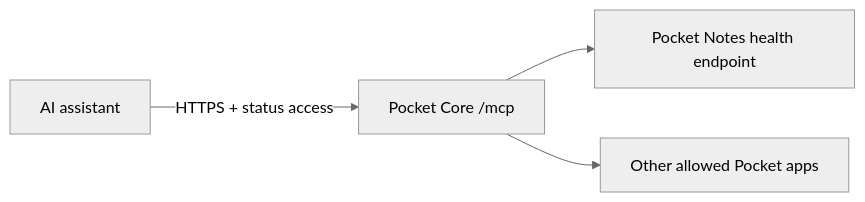
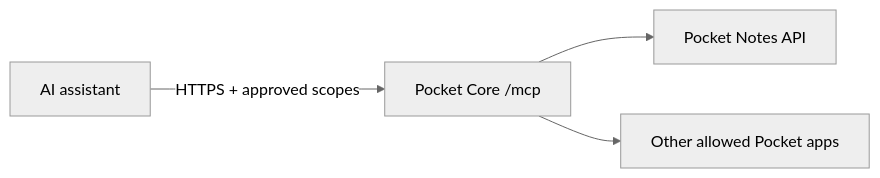
Before and after one commit to abjelosevic88/pocket-homelab-core: the diagram in README.md, drawn with Mermaid (neutral theme). The commit also changed other lines of this file and 20 other files, not shown here.

First line of the commit message:
Add account-scoped MCP application tools across Pocket apps

````diff
--- a/README.md
+++ b/README.md
@@ -55,6 +55,6 @@
 ```mermaid
 flowchart LR
-    A[AI assistant] -->|HTTPS + status access| C[Pocket Core /mcp]
-    C --> N[Pocket Notes health endpoint]
+    A[AI assistant] -->|HTTPS + approved scopes| C[Pocket Core /mcp]
+    C --> N[Pocket Notes API]
     C --> T[Other allowed Pocket apps]
 ```
````
